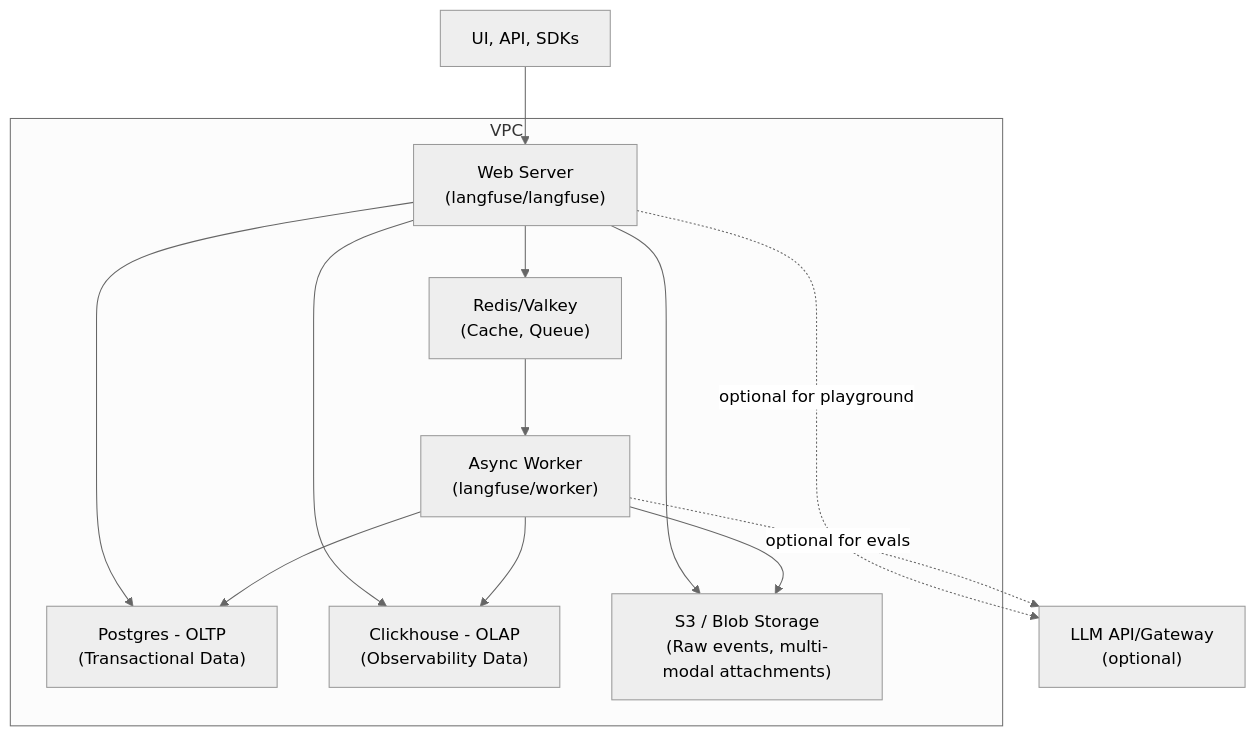
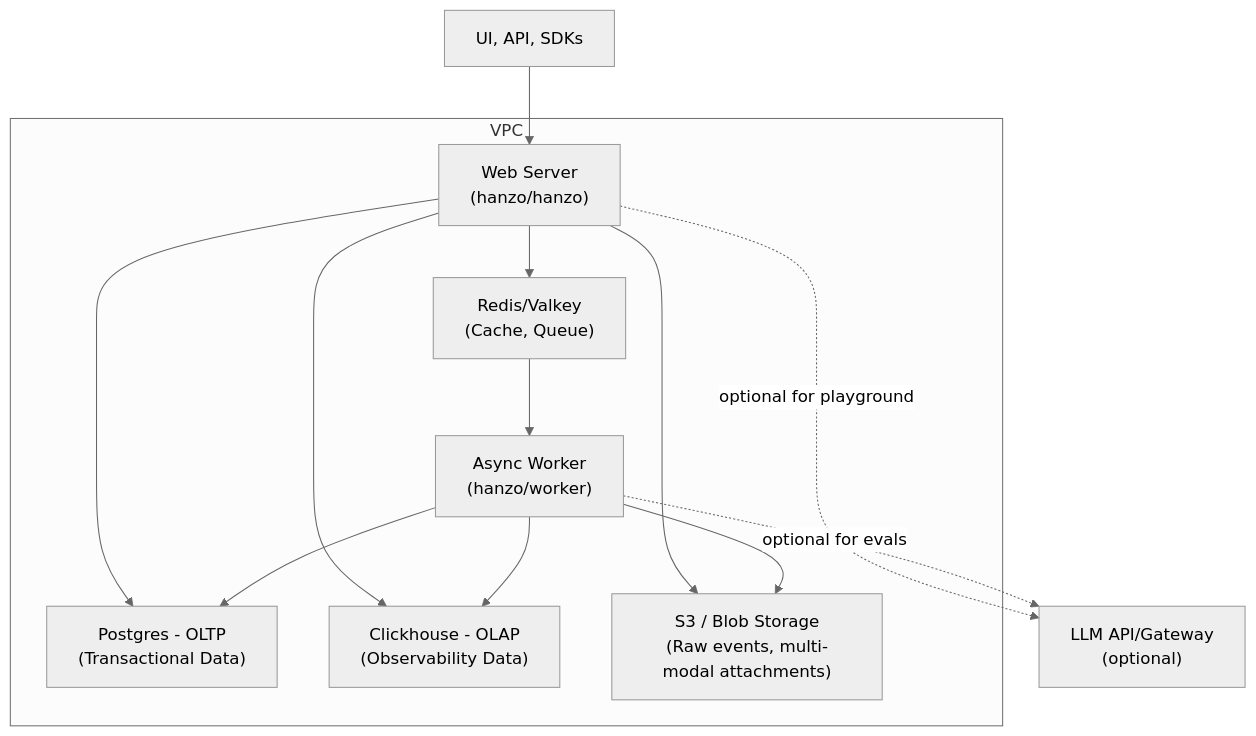
The diagram in CONTRIBUTING.md (hanzoai/console), drawn with Mermaid (neutral theme) before and after one commit. The commit also changed other lines of this file and 503 other files, not shown here.

First line of the commit message:
feat: Complete Langfuse to Hanzo rebranding

````diff
--- a/CONTRIBUTING.md
+++ b/CONTRIBUTING.md
@@ -64,26 +64,26 @@
 ```mermaid
 flowchart TB
     User["UI, API, SDKs"]
     subgraph vpc["VPC"]
-        Web["Web Server<br/>(langfuse/langfuse)"]
-        Worker["Async Worker<br/>(langfuse/worker)"]
+        Web["Web Server<br/>(hanzo/hanzo)"]
+        Worker["Async Worker<br/>(hanzo/worker)"]
         Postgres["Postgres - OLTP<br/>(Transactional Data)"]
         Cache["Redis/Valkey<br/>(Cache, Queue)"]
         Clickhouse["Clickhouse - OLAP<br/>(Observability Data)"]
         S3["S3 / Blob Storage<br/>(Raw events, multi-modal attachments)"]
     end
     LLM["LLM API/Gateway<br/>(optional)"]
 
     User --> Web
     Web --> S3
     Web --> Postgres
     Web --> Cache
     Web --> Clickhouse
     Web -.->|"optional for playground"| LLM
 
     Cache --> Worker
     Worker --> Clickhouse
     Worker --> Postgres
     Worker --> S3
     Worker -.->|"optional for evals"| LLM
 ```
````
